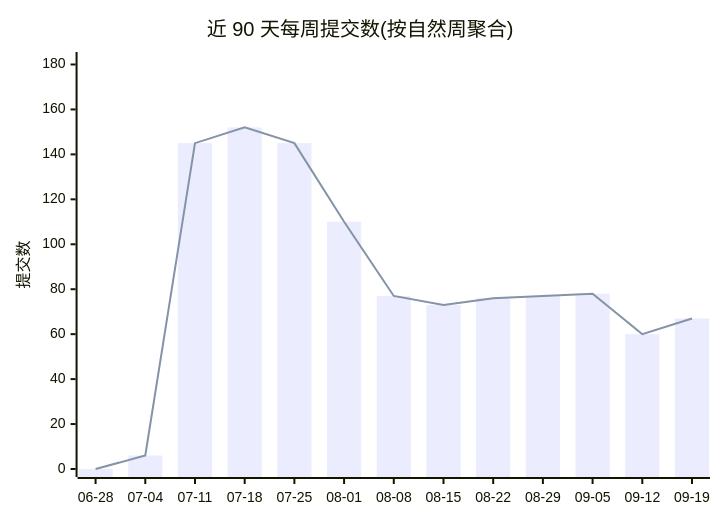
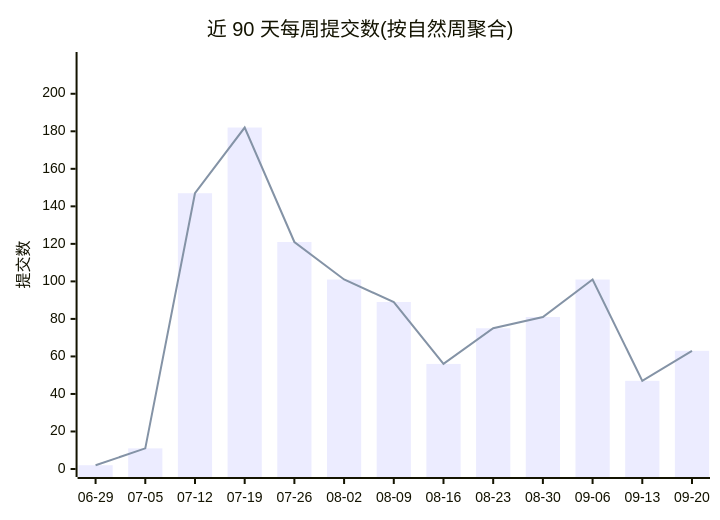
The first of 2 diagrams in profile/README.md (Conflux-Union/.github), drawn with Mermaid before and after one commit. The commit also changed other lines of this file and 1 other file, not shown here.

````diff
--- a/profile/README.md
+++ b/profile/README.md
@@ -44,8 +44,8 @@
 ```mermaid
 xychart-beta
     title "近 90 天每周提交数(按自然周聚合)"
-    x-axis ["06-28", "07-04", "07-11", "07-18", "07-25", "08-01", "08-08", "08-15", "08-22", "08-29", "09-05", "09-12", "09-19"]
-    y-axis "提交数" 0 --> 182
-    bar [0, 6, 145, 152, 145, 110, 77, 73, 76, 77, 78, 60, 67]
-    line [0, 6, 145, 152, 145, 110, 77, 73, 76, 77, 78, 60, 67]
+    x-axis ["06-29", "07-05", "07-12", "07-19", "07-26", "08-02", "08-09", "08-16", "08-23", "08-30", "09-06", "09-13", "09-20"]
+    y-axis "提交数" 0 --> 218
+    bar [2, 11, 147, 182, 121, 101, 89, 56, 75, 81, 101, 47, 63]
+    line [2, 11, 147, 182, 121, 101, 89, 56, 75, 81, 101, 47, 63]
 ```
````
